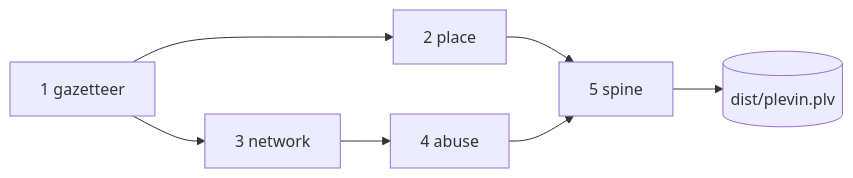
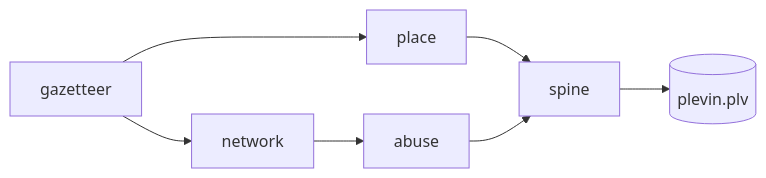
Before and after one commit to tn3w/plevin: the third of 5 diagrams in builder/README.md, drawn with Mermaid. The commit also changed other lines of this file and 45 other files, not shown here.

````diff
--- a/builder/README.md
+++ b/builder/README.md
@@ -182,9 +115,6 @@
 ```mermaid
 flowchart LR
-    G[1 gazetteer] --> P[2 place]
-    G --> N[3 network]
-    P --> S[5 spine]
-    N --> A[4 abuse]
-    A --> S
-    S --> F[(dist/plevin.plv)]
+    G[gazetteer] --> P[place] --> S[spine]
+    G --> N[network] --> A[abuse] --> S
+    S --> F[(plevin.plv)]
 ```
````
